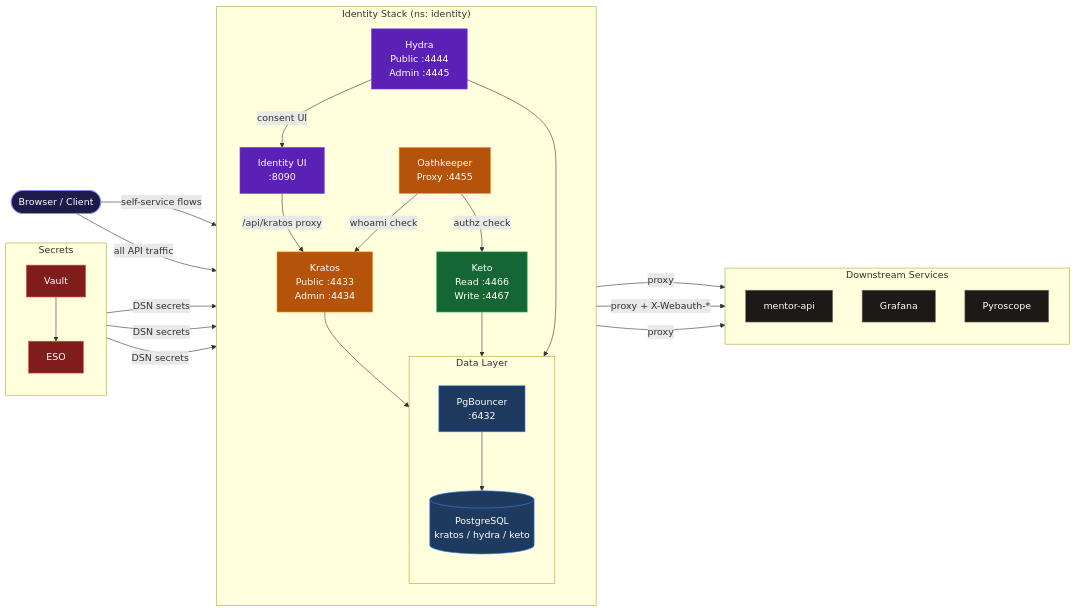
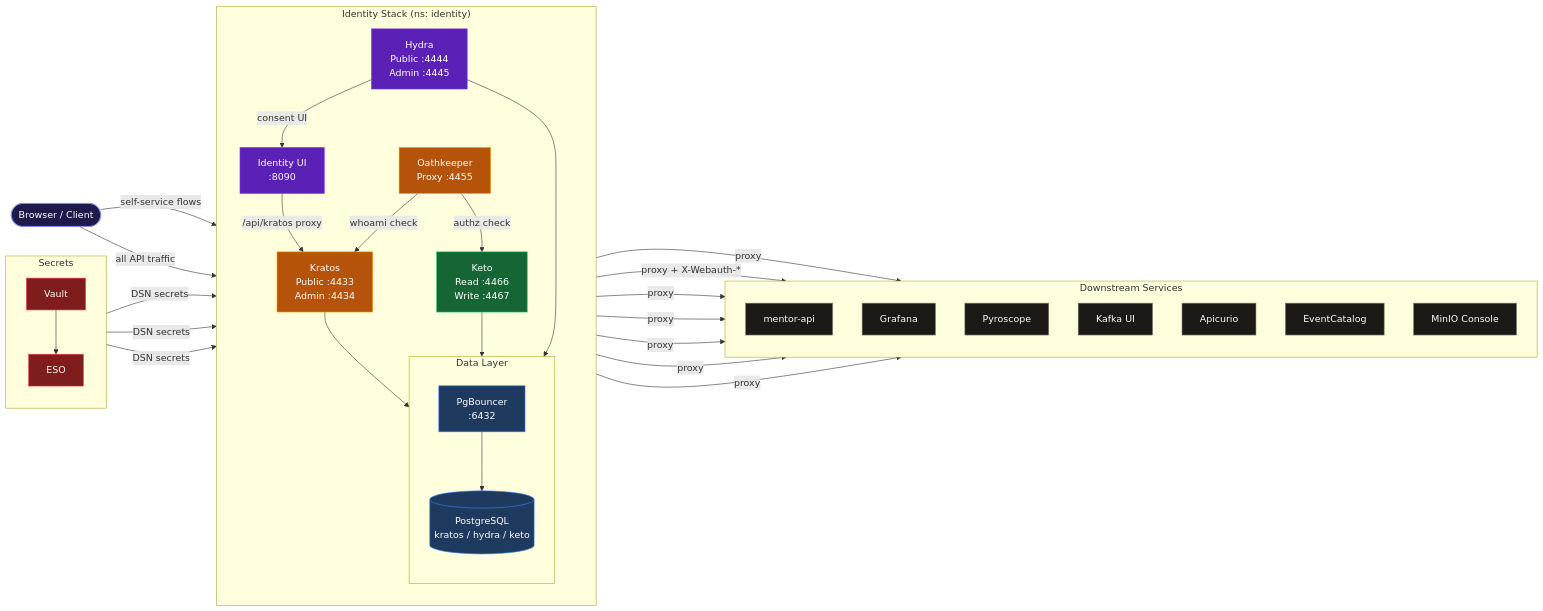
Before and after one commit to MathTrail/identity: the diagram in README.md, drawn with Mermaid. The commit also changed other lines of this file and 2 other files, not shown here.

````diff
--- a/README.md
+++ b/README.md
@@ -8,62 +8,70 @@
 ```mermaid
 graph LR
     Browser(["Browser / Client"])
 
     subgraph IdentityStack ["Identity Stack (ns: identity)"]
         direction TB
         UI["Identity UI<br/>:8090"]
         OK["Oathkeeper<br/>Proxy :4455"]
         Kratos["Kratos<br/>Public :4433<br/>Admin :4434"]
         Hydra["Hydra<br/>Public :4444<br/>Admin :4445"]
         Keto["Keto<br/>Read :4466<br/>Write :4467"]
 
         subgraph Storage ["Data Layer"]
             direction TB
             PGB["PgBouncer<br/>:6432"] --> PG[("PostgreSQL<br/>kratos / hydra / keto")]
         end
 
         Kratos --> PGB
         Hydra --> PGB
         Keto --> PGB
     end
 
     subgraph Downstream ["Downstream Services"]
         direction TB
         MentorAPI["mentor-api"]
         Grafana["Grafana"]
         Pyroscope["Pyroscope"]
+        KafkaUI["Kafka UI"]
+        Apicurio["Apicurio"]
+        EventCatalog["EventCatalog"]
+        MinIO["MinIO Console"]
     end
 
     subgraph Secrets ["Secrets"]
         direction TB
         Vault["Vault"] --> ESO["ESO"]
     end
 
     Browser -- "self-service flows" --> UI
     UI -- "/api/kratos proxy" --> Kratos
     Browser -- "all API traffic" --> OK
     OK -- "whoami check" --> Kratos
     OK -- "authz check" --> Keto
     OK -- "proxy" --> MentorAPI
     OK -- "proxy + X-Webauth-*" --> Grafana
     OK -- "proxy" --> Pyroscope
+    OK -- "proxy" --> KafkaUI
+    OK -- "proxy" --> Apicurio
+    OK -- "proxy" --> EventCatalog
+    OK -- "proxy" --> MinIO
     Hydra -- "consent UI" --> UI
     ESO -- "DSN secrets" --> Kratos & Hydra & Keto
 
     %% Styling
     classDef authCls fill:#b45309,stroke:#f59e0b,color:#fff
     classDef svc fill:#5b21b6,stroke:#7c3aed,color:#fff
     classDef rbacCls fill:#166534,stroke:#22c55e,color:#fff
     classDef dataCls fill:#1e3a5f,stroke:#3b82f6,color:#fff
     classDef secretCls fill:#7f1d1d,stroke:#ef4444,color:#fff
     classDef actorCls fill:#1e1b4b,stroke:#818cf8,color:#fff
     classDef dstCls fill:#1c1917,stroke:#78716c,color:#fff
 
     class OK,Kratos authCls
     class UI,Hydra svc
     class Keto rbacCls
     class PGB,PG dataCls
     class Vault,ESO secretCls
     class Browser actorCls
-    class MentorAPI,Grafana,Pyroscope dstCls
+    class MentorAPI,Grafana,Pyroscope,KafkaUI,Apicurio,EventCatalog,MinIO dstCls
 ```
````
